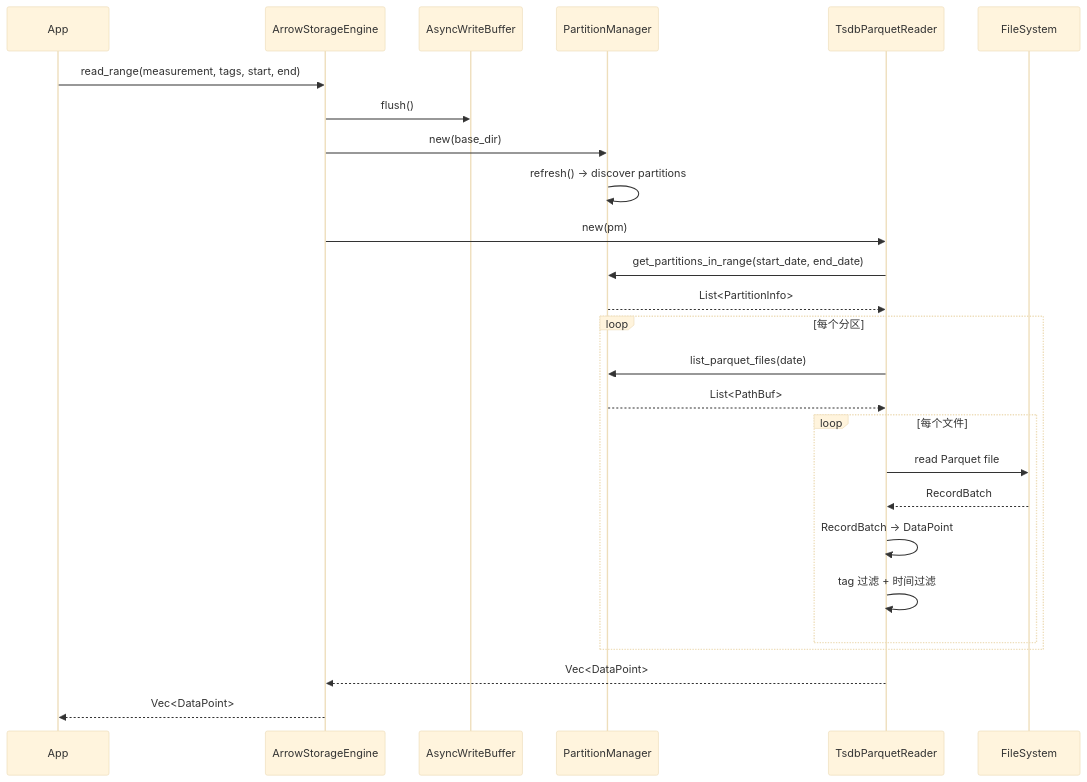
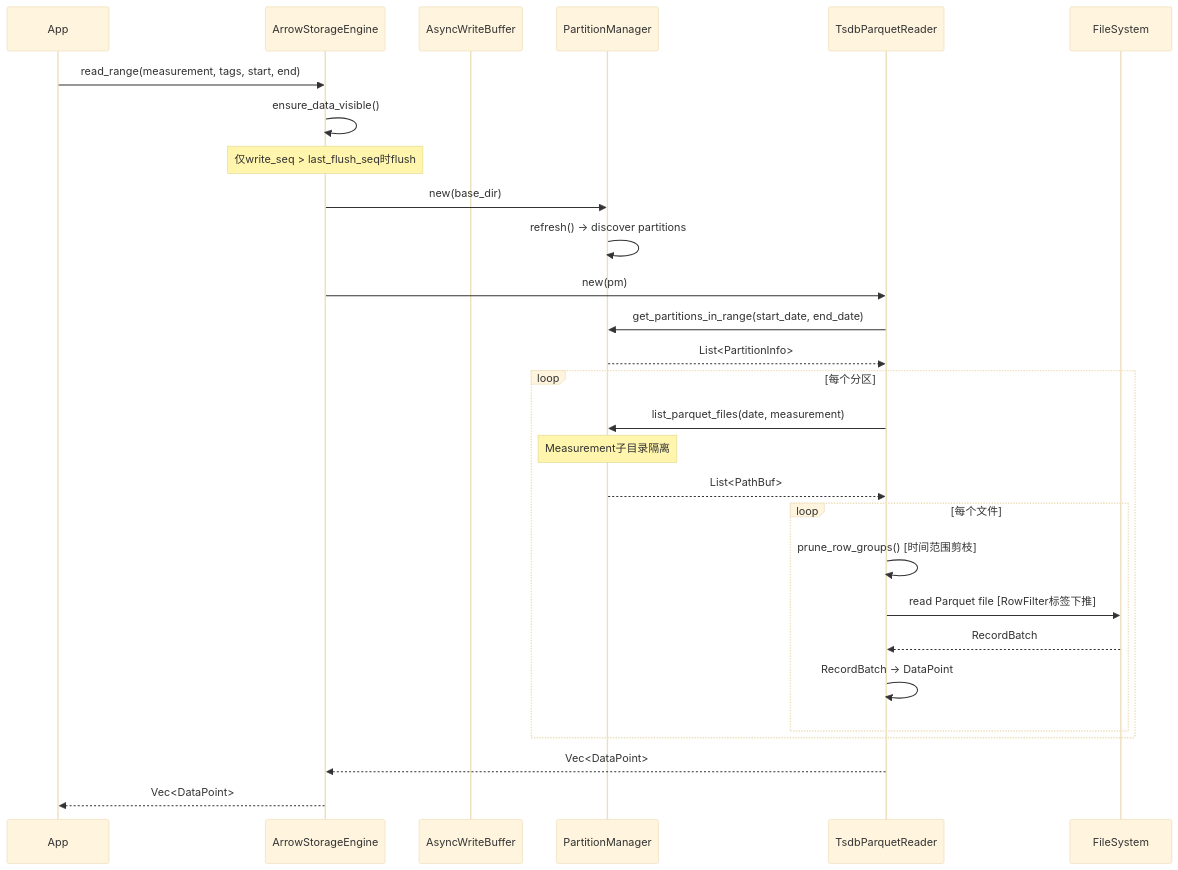
One commit to supermy/tsdb2 changed the second of 5 diagrams in docs/architecture.md. Above: the diagram before and after it, drawn with Mermaid (base theme). The commit also changed other lines of this file and 69 other files, not shown here.

````diff
--- a/docs/architecture.md
+++ b/docs/architecture.md
@@ -313,29 +409,31 @@
 ```mermaid
 sequenceDiagram
     participant App
     participant Engine as ArrowStorageEngine
     participant Buffer as AsyncWriteBuffer
     participant PM as PartitionManager
     participant Reader as TsdbParquetReader
     participant FS as FileSystem
 
     App->>Engine: read_range(measurement, tags, start, end)
-    Engine->>Buffer: flush()
+    Engine->>Engine: ensure_data_visible()
+    Note over Engine: 仅write_seq > last_flush_seq时flush
     Engine->>PM: new(base_dir)
     PM->>PM: refresh() → discover partitions
     Engine->>Reader: new(pm)
     Reader->>PM: get_partitions_in_range(start_date, end_date)
     PM-->>Reader: List<PartitionInfo>
     loop 每个分区
-        Reader->>PM: list_parquet_files(date)
+        Reader->>PM: list_parquet_files(date, measurement)
+        Note over PM: Measurement子目录隔离
         PM-->>Reader: List<PathBuf>
         loop 每个文件
-            Reader->>FS: read Parquet file
+            Reader->>Reader: prune_row_groups() [时间范围剪枝]
+            Reader->>FS: read Parquet file [RowFilter标签下推]
             FS-->>Reader: RecordBatch
             Reader->>Reader: RecordBatch → DataPoint
-            Reader->>Reader: tag 过滤 + 时间过滤
         end
     end
     Reader-->>Engine: Vec<DataPoint>
     Engine-->>App: Vec<DataPoint>
 ```
````
